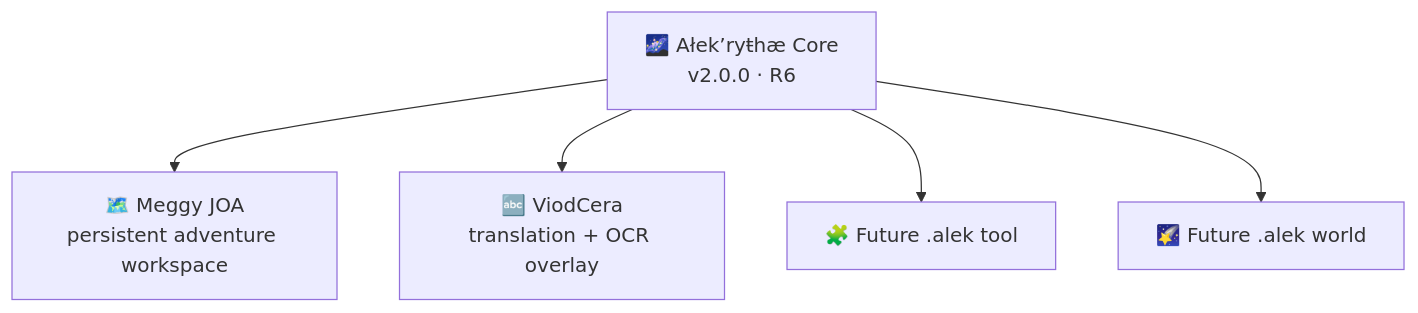
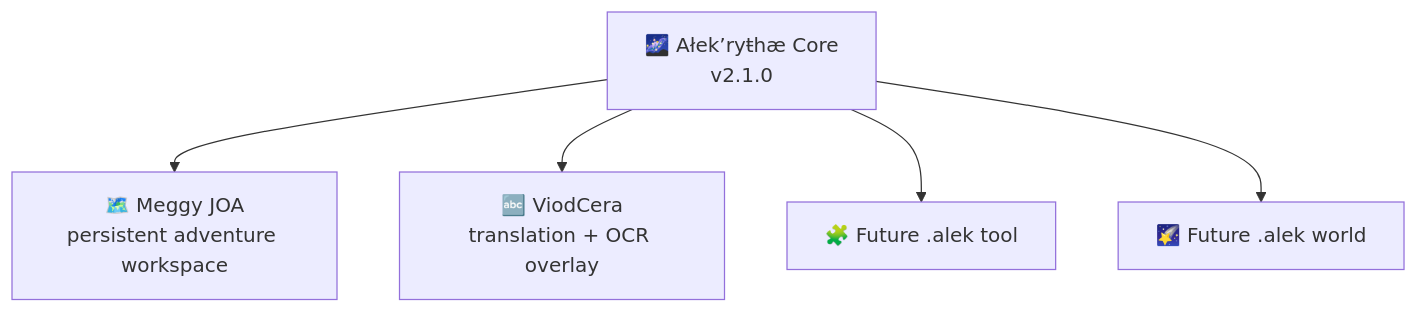
Before and after one commit to TheDEvorger/Alekrythae-Core: the fourth of 4 diagrams in README.md, drawn with Mermaid. The commit also changed other lines of this file and 89 other files, not shown here.

````diff
--- a/README.md
+++ b/README.md
@@ -852,14 +1171,14 @@
 ```mermaid
 flowchart TD
-    CORE["🌌 Ałek’ryŧhæ Core<br/>v2.0.0 · R6"]
+    CORE["🌌 Ałek’ryŧhæ Core<br/>v2.1.0"]
 
     JOA["🗺️ Meggy JOA<br/>persistent adventure workspace"]
     VIOD["🔤 ViodCera<br/>translation + OCR overlay"]
     FUTURE1["🧩 Future .alek tool"]
     FUTURE2["🌠 Future .alek world"]
 
     CORE --> JOA
     CORE --> VIOD
     CORE --> FUTURE1
     CORE --> FUTURE2
 ```
````
